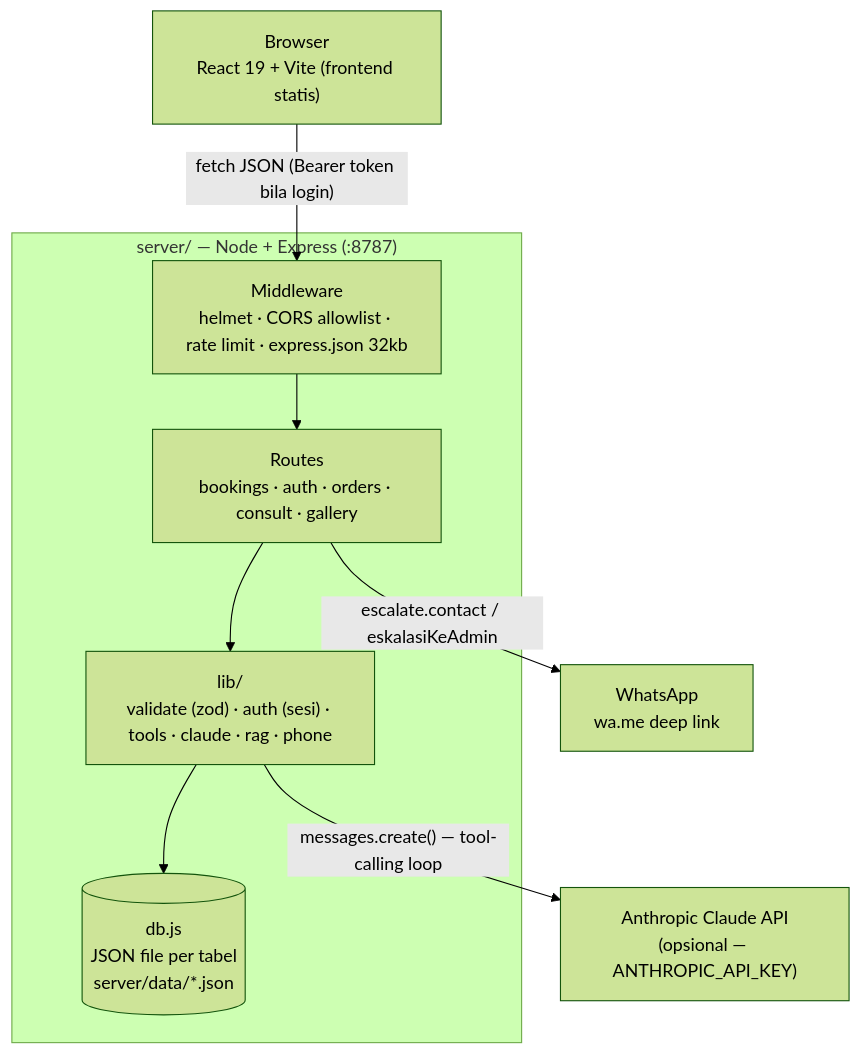
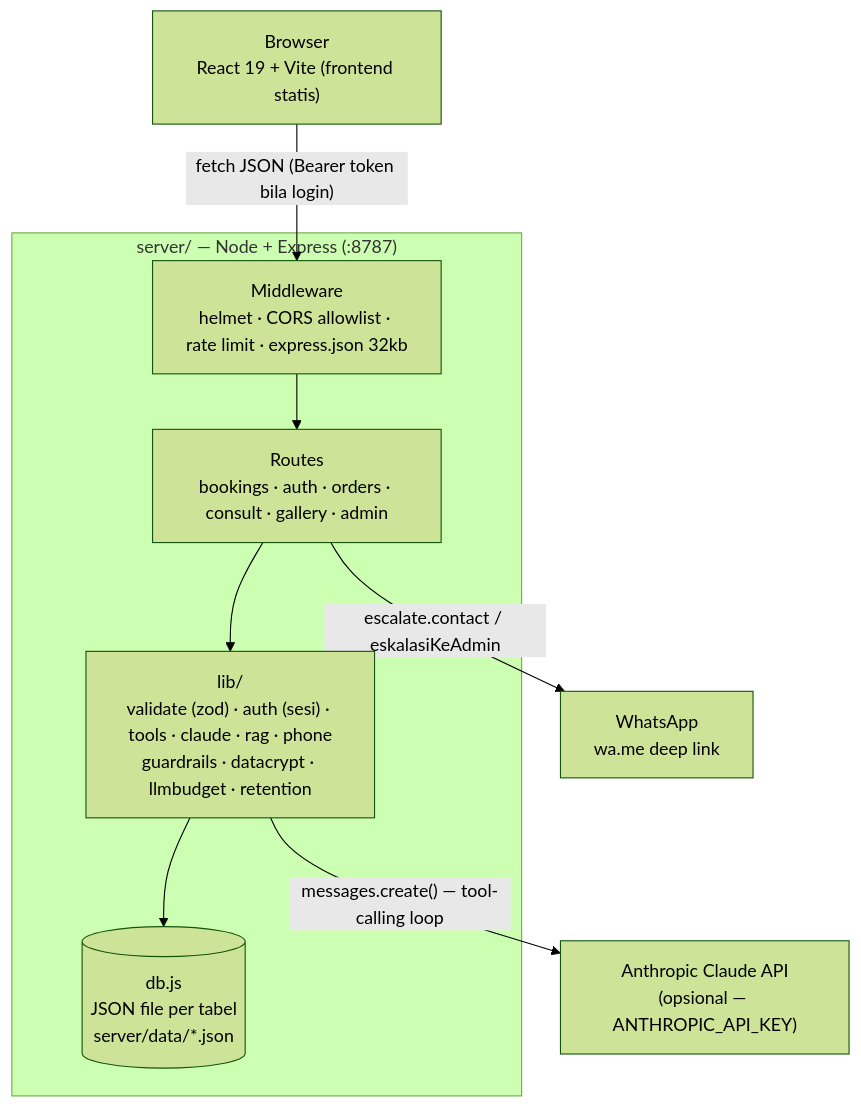
The second of 8 diagrams in docs/konsultasi-ai/API-SCHEMA.md (Bajoel32/bajoel32), drawn with Mermaid (forest theme) before and after one commit. The commit also changed other lines of this file and 28 other files, not shown here.

````diff
--- a/docs/konsultasi-ai/API-SCHEMA.md
+++ b/docs/konsultasi-ai/API-SCHEMA.md
@@ -67,18 +67,18 @@
 ```mermaid
 flowchart TB
     Browser["Browser<br/>React 19 + Vite (frontend statis)"]
 
     subgraph Server["server/ — Node + Express (:8787)"]
         MW["Middleware<br/>helmet · CORS allowlist · rate limit · express.json 32kb"]
-        Routes["Routes<br/>bookings · auth · orders · consult · gallery"]
-        Lib["lib/<br/>validate (zod) · auth (sesi) · tools · claude · rag · phone"]
+        Routes["Routes<br/>bookings · auth · orders · consult · gallery · admin"]
+        Lib["lib/<br/>validate (zod) · auth (sesi) · tools · claude · rag · phone<br/>guardrails · datacrypt · llmbudget · retention"]
         DB[("db.js<br/>JSON file per tabel<br/>server/data/*.json")]
     end
 
     Claude["Anthropic Claude API<br/>(opsional — ANTHROPIC_API_KEY)"]
     WA["WhatsApp<br/>wa.me deep link"]
 
     Browser -->|"fetch JSON (Bearer token bila login)"| MW --> Routes --> Lib --> DB
     Lib -->|"messages.create() — tool-calling loop"| Claude
     Routes -->|"escalate.contact / eskalasiKeAdmin"| WA
 ```
````
